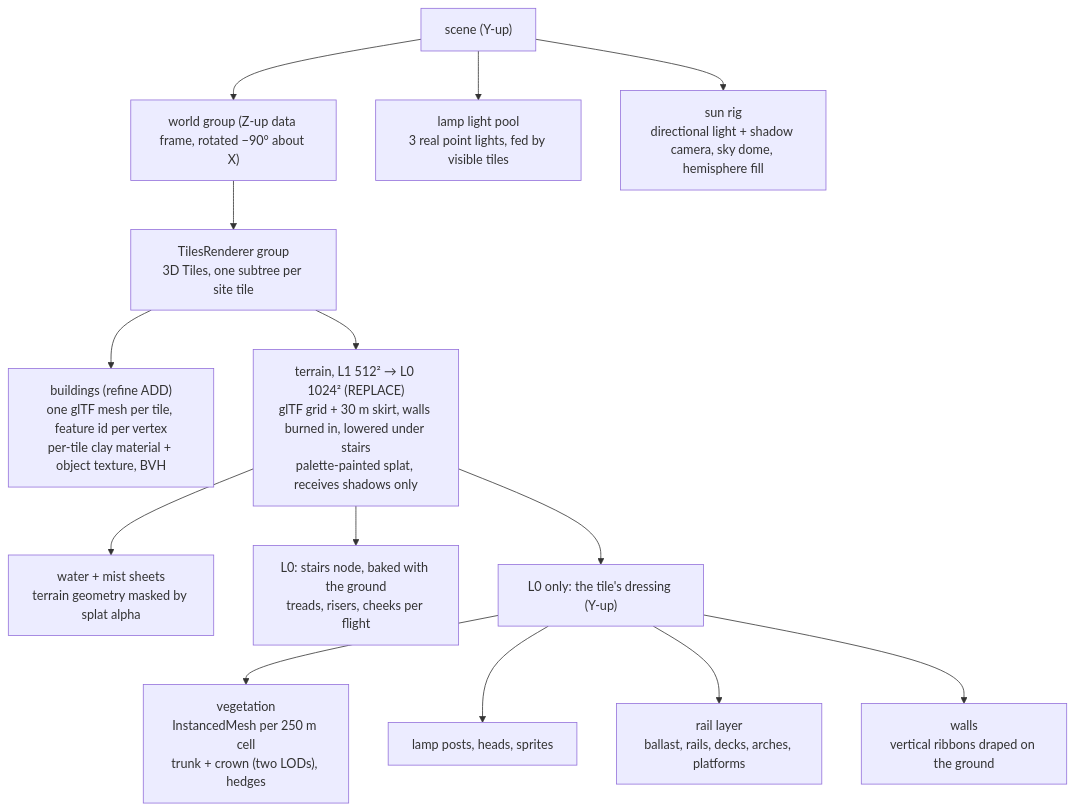
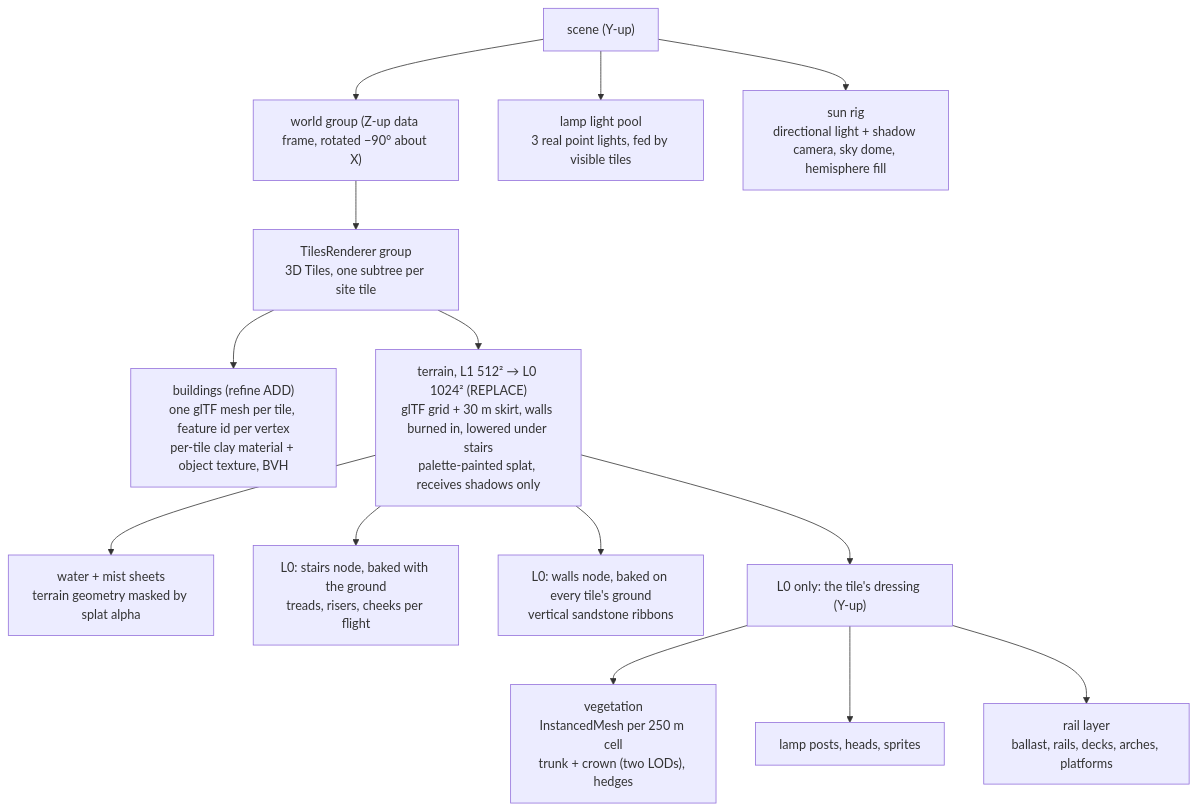
Before and after one commit to mdugue/bridge: the first of 2 diagrams in docs/rendering.md, drawn with Mermaid. The commit also changed other lines of this file and 28 other files, not shown here.

First line of the commit message:
refactor(walls): bake the wall ribbons into the fine terrain glTF

````diff
--- a/docs/rendering.md
+++ b/docs/rendering.md
@@ -25,19 +25,19 @@
 ```mermaid
 flowchart TB
   SCENE["scene (Y-up)"]
   WORLD["world group (Z-up data frame, rotated −90° about X)"]
   TILES["TilesRenderer group<br/>3D Tiles, one subtree per site tile"]
   SCENE --> WORLD
   WORLD --> TILES
   TILES --> CITY["buildings (refine ADD)<br/>one glTF mesh per tile, feature id per vertex<br/>per-tile clay material + object texture, BVH"]
   TILES --> TER["terrain, L1 512² → L0 1024² (REPLACE)<br/>glTF grid + 30 m skirt, walls burned in, lowered under stairs<br/>palette-painted splat, receives shadows only"]
   TER --> WAT["water + mist sheets<br/>terrain geometry masked by splat alpha"]
   TER --> STAIR["L0: stairs node, baked with the ground<br/>treads, risers, cheeks per flight"]
+  TER --> WALL["L0: walls node, baked on every tile's ground<br/>vertical sandstone ribbons"]
   TER --> DRESS["L0 only: the tile's dressing (Y-up)"]
   DRESS --> VEG["vegetation<br/>InstancedMesh per 250 m cell<br/>trunk + crown (two LODs), hedges"]
   DRESS --> LAMP["lamp posts, heads, sprites"]
   DRESS --> RAIL["rail layer<br/>ballast, rails, decks, arches, platforms"]
-  DRESS --> WALL["walls<br/>vertical ribbons draped on the ground"]
   SCENE --> LIGHTS["lamp light pool<br/>3 real point lights, fed by visible tiles"]
   SCENE --> SUN["sun rig<br/>directional light + shadow camera, sky dome, hemisphere fill"]
 ```
````
